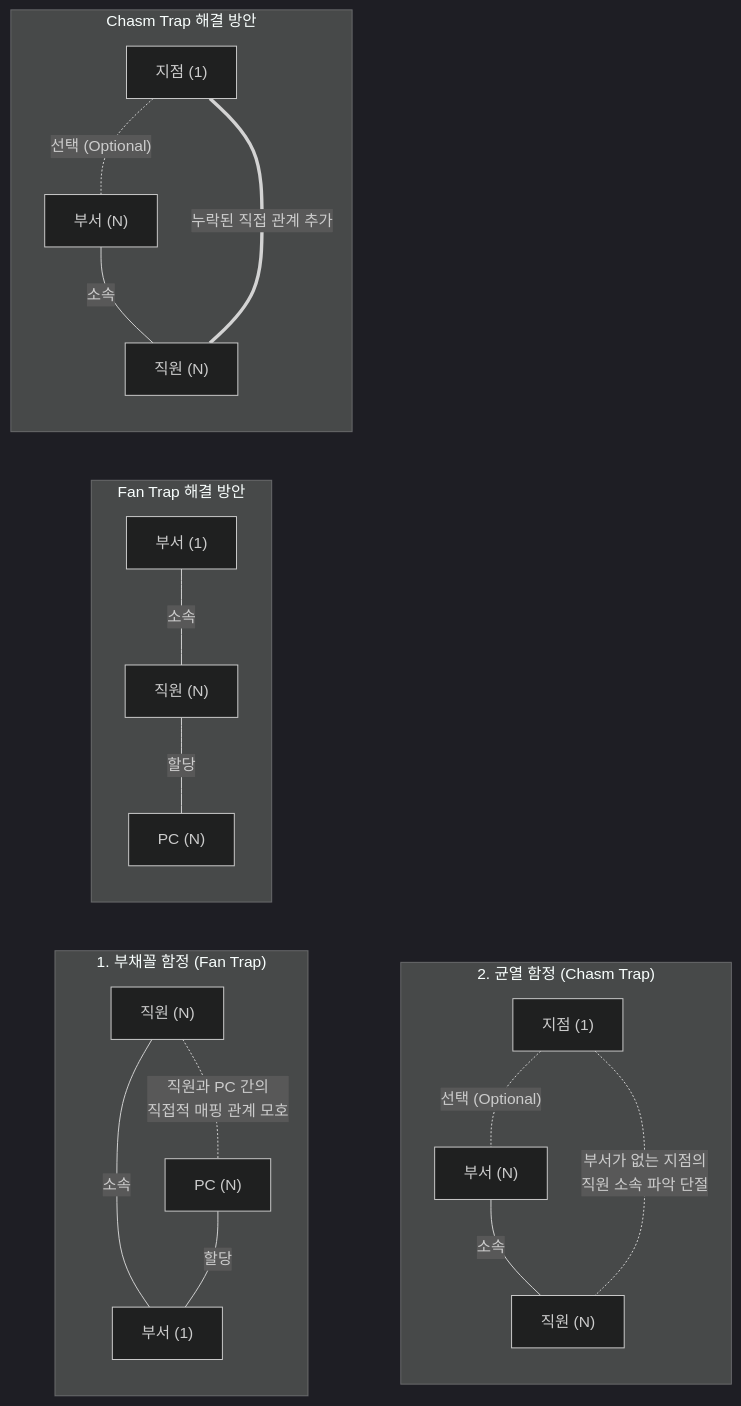
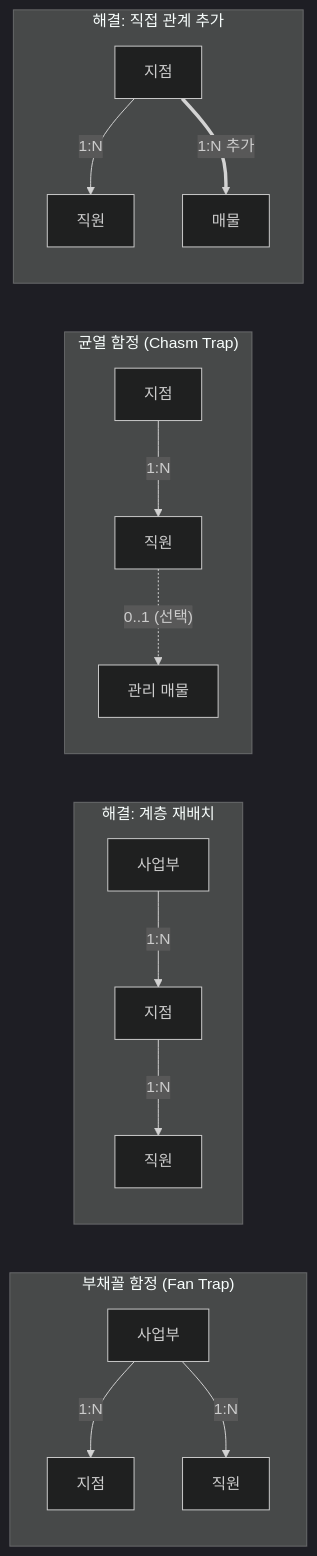
The diagram in content/01_IT Tech/연결함정.md (supremethumb/supremethumb.github.io), drawn with Mermaid (dark theme) before and after one commit. The commit also changed other lines of this file and 1087 other files, not shown here.

````diff
--- a/content/01_IT Tech/연결함정.md
+++ b/content/01_IT Tech/연결함정.md
@@ -26,32 +36,18 @@
 ```mermaid
 flowchart LR
-    subgraph Fan ["1. 부채꼴 함정 (Fan Trap)"]
-        direction TB
-        B1["직원 (N)"] ---|소속| A1["부서 (1)"]
-        C1["PC (N)"] ---|할당| A1
-        B1 -. "직원과 PC 간의<br/>직접적 매핑 관계 모호" .- C1
+    subgraph FAN["부채꼴 함정 (Fan Trap)"]
+        D1["사업부"] -->|"1:N"| B1["지점"]
+        D1 -->|"1:N"| S1["직원"]
     end
-    
-    subgraph Fan_S ["Fan Trap 해결 방안"]
-        direction TB
-        A2["부서 (1)"] ---|소속| B2["직원 (N)"]
-        B2 ---|할당| C2["PC (N)"]
+    subgraph FANS["해결: 계층 재배치"]
+        D2["사업부"] -->|"1:N"| B2["지점"] -->|"1:N"| S2["직원"]
     end
-    
-    subgraph Chasm ["2. 균열 함정 (Chasm Trap)"]
-        direction TB
-        D1["지점 (1)"] -. "선택 (Optional)" .- E1["부서 (N)"]
-        E1 ---|소속| F1["직원 (N)"]
-        D1 -. "부서가 없는 지점의<br/>직원 소속 파악 단절" .- F1
+    subgraph CH["균열 함정 (Chasm Trap)"]
+        B3["지점"] -->|"1:N"| S3["직원"]
+        S3 -.->|"0..1 (선택)"| P3["관리 매물"]
     end
-    
-    subgraph Chasm_S ["Chasm Trap 해결 방안"]
-        direction TB
-        D2["지점 (1)"] -. "선택 (Optional)" .- E2["부서 (N)"]
-        E2 ---|소속| F2["직원 (N)"]
-        D2 ===|누락된 직접 관계 추가| F2
+    subgraph CHS["해결: 직접 관계 추가"]
+        B4["지점"] -->|"1:N"| S4["직원"]
+        B4 ==>|"1:N 추가"| P4["매물"]
     end
-    
-    Fan ~~~ Chasm
-
 ```
````
